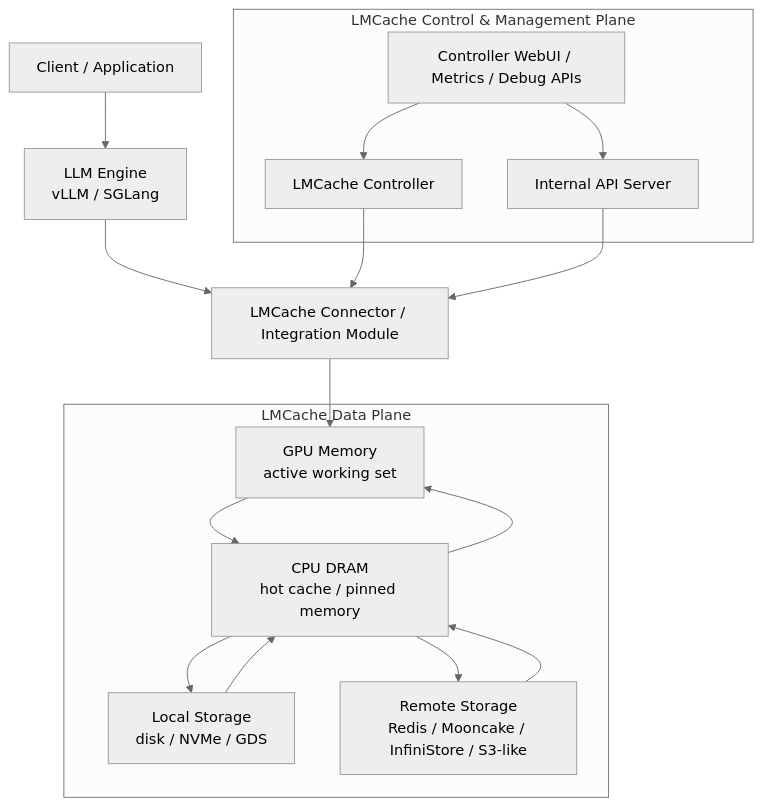
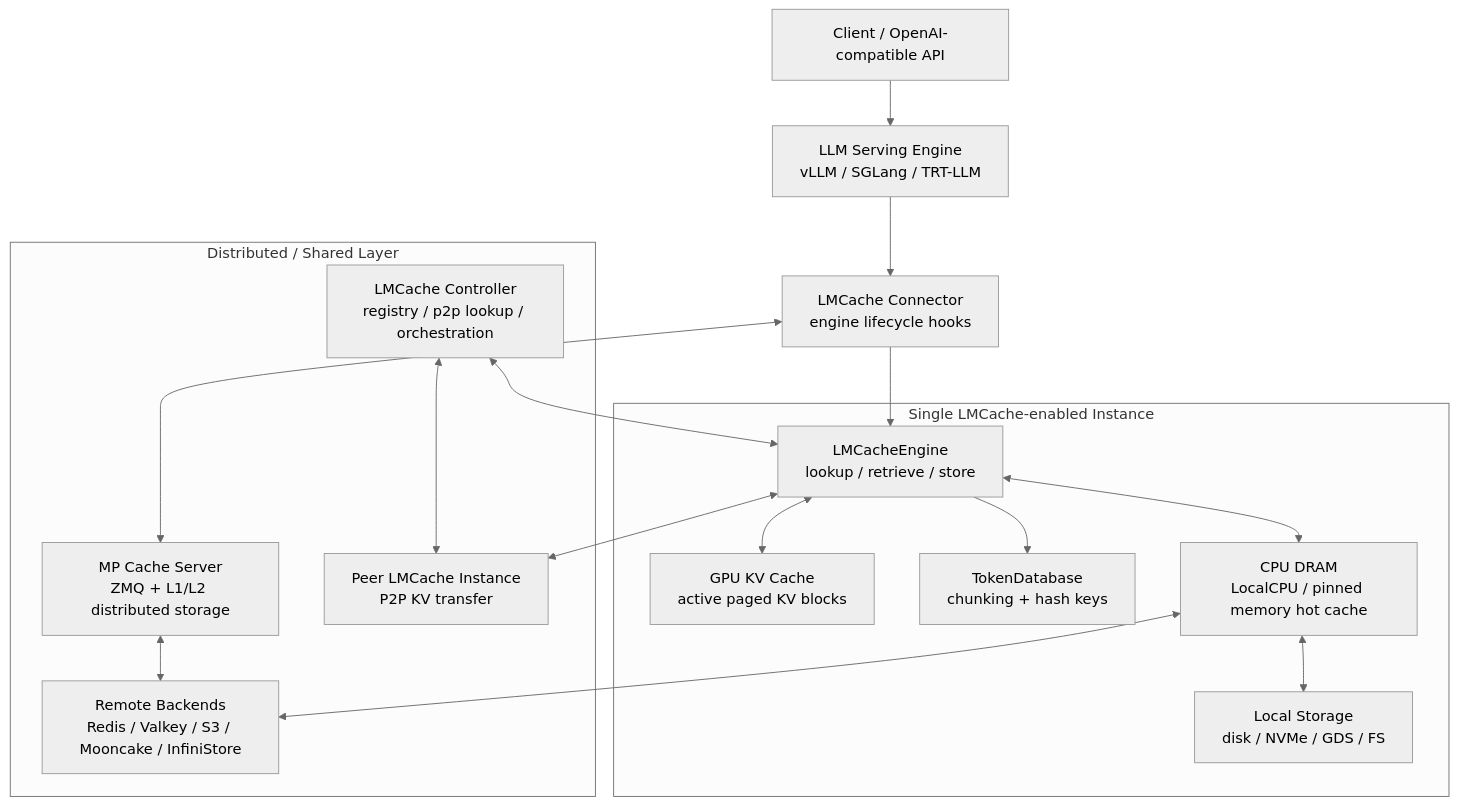
One commit to SilentEchoe/MiniLMCache changed the first of 4 diagrams in docs/lmcache-architecture.md. Above: the diagram before and after it, drawn with Mermaid (neutral theme). The commit also changed other lines of this file and 1 other file, not shown here.

Commit message:
Document LMCache v0.4.4 architecture

````diff
--- a/docs/lmcache-architecture.md
+++ b/docs/lmcache-architecture.md
@@ -53,34 +28,35 @@
 ```mermaid
 flowchart TB
-    Client["Client / Application"]
-    Engine["LLM Engine<br/>vLLM / SGLang"]
-    Connector["LMCache Connector / Integration Module"]
+    Client["Client / OpenAI-compatible API"]
+    Engine["LLM Serving Engine<br/>vLLM / SGLang / TRT-LLM"]
+    Connector["LMCache Connector<br/>engine lifecycle hooks"]
 
-    subgraph DataPlane["LMCache Data Plane"]
-        GPU["GPU Memory<br/>active working set"]
-        CPU["CPU DRAM<br/>hot cache / pinned memory"]
-        Local["Local Storage<br/>disk / NVMe / GDS"]
-        Remote["Remote Storage<br/>Redis / Mooncake / InfiniStore / S3-like"]
+    subgraph LocalInstance["Single LMCache-enabled Instance"]
+        GPU["GPU KV Cache<br/>active paged KV blocks"]
+        EngineCore["LMCacheEngine<br/>lookup / retrieve / store"]
+        TokenDB["TokenDatabase<br/>chunking + hash keys"]
+        CPU["CPU DRAM<br/>LocalCPU / pinned memory hot cache"]
+        LocalDisk["Local Storage<br/>disk / NVMe / GDS / FS"]
     end
 
-    subgraph ControlPlane["LMCache Control & Management Plane"]
-        Controller["LMCache Controller"]
-        API["Internal API Server"]
-        WebUI["Controller WebUI / Metrics / Debug APIs"]
+    subgraph Distributed["Distributed / Shared Layer"]
+        Remote["Remote Backends<br/>Redis / Valkey / S3 / Mooncake / InfiniStore"]
+        MPServer["MP Cache Server<br/>ZMQ + L1/L2 distributed storage"]
+        Controller["LMCache Controller<br/>registry / p2p lookup / orchestration"]
+        Peer["Peer LMCache Instance<br/>P2P KV transfer"]
     end
 
     Client --> Engine
     Engine --> Connector
-    Connector --> GPU
-    GPU --> CPU
-    CPU --> GPU
-    CPU --> Local
-    CPU --> Remote
-    Local --> CPU
-    Remote --> CPU
-
-    Controller --> Connector
-    API --> Connector
-    WebUI --> Controller
-    WebUI --> API
+    Connector --> EngineCore
+    EngineCore --> TokenDB
+    EngineCore <--> GPU
+    EngineCore <--> CPU
+    CPU <--> LocalDisk
+    CPU <--> Remote
+    Connector <--> MPServer
+    MPServer <--> Remote
+    Controller <--> EngineCore
+    Controller <--> Peer
+    EngineCore <--> Peer
 ```
````
